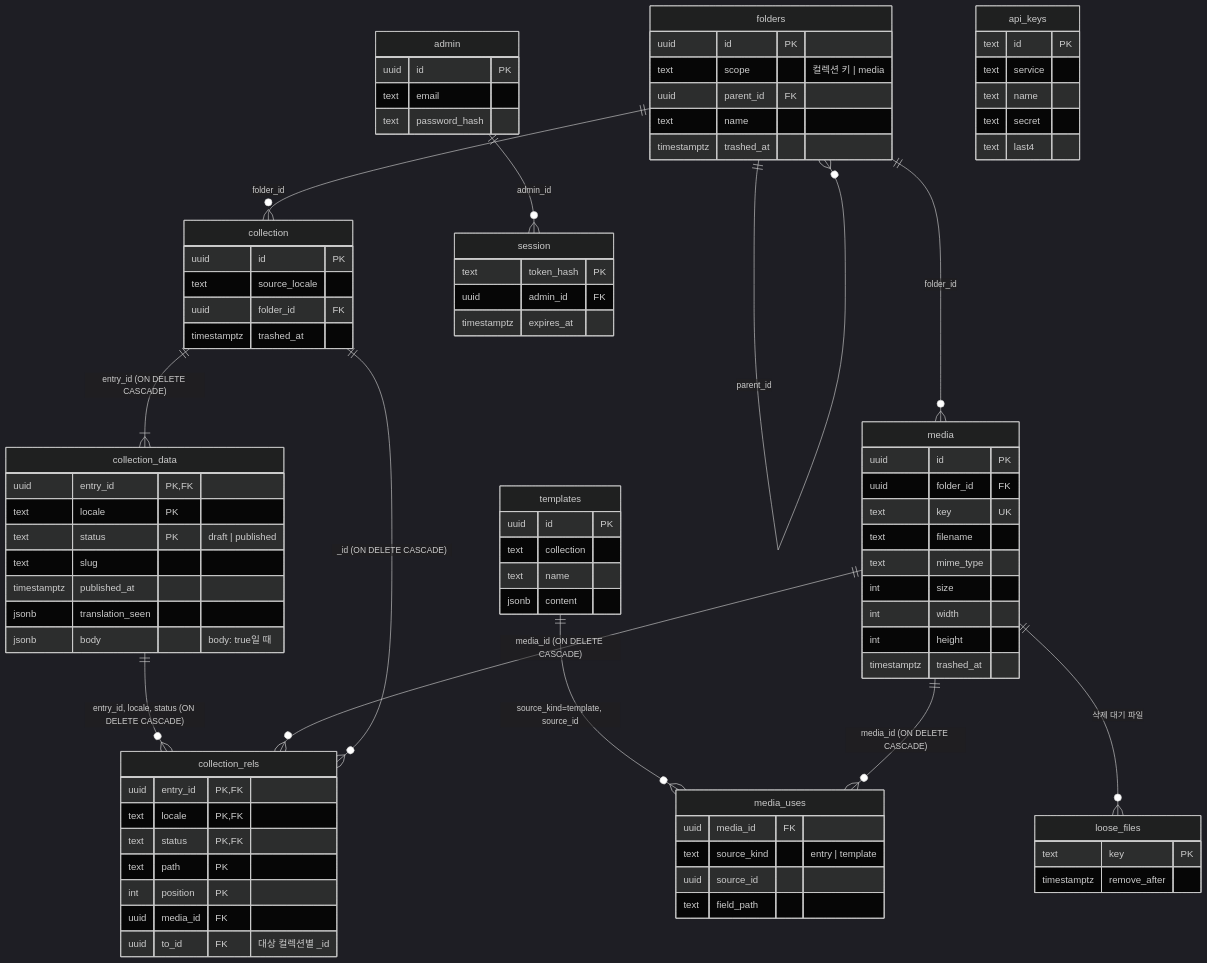
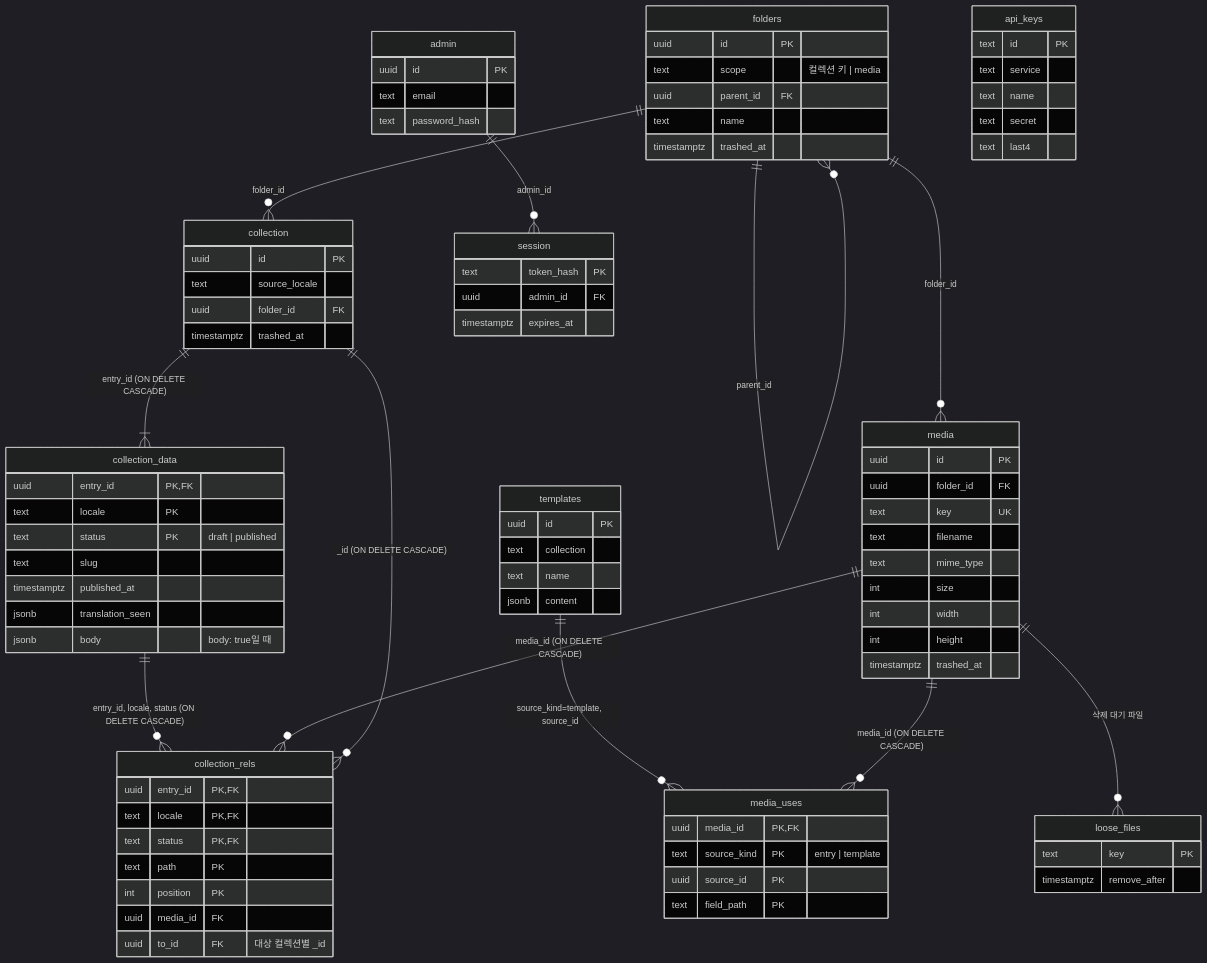
Before and after one commit to monti-cms/monti: the second of 2 diagrams in docs/refactor/core.md, drawn with Mermaid (dark theme). The commit also changed other lines of this file and 5 other files, not shown here.

```diff
--- a/docs/refactor/core.md
+++ b/docs/refactor/core.md
@@ -267,10 +268,10 @@
   }
 
   media_uses {
-    uuid media_id FK
-    text source_kind "entry | template"
-    uuid source_id
-    text field_path
+    uuid media_id PK,FK
+    text source_kind PK "entry | template"
+    uuid source_id PK
+    text field_path PK
   }
 
   loose_files {
```
